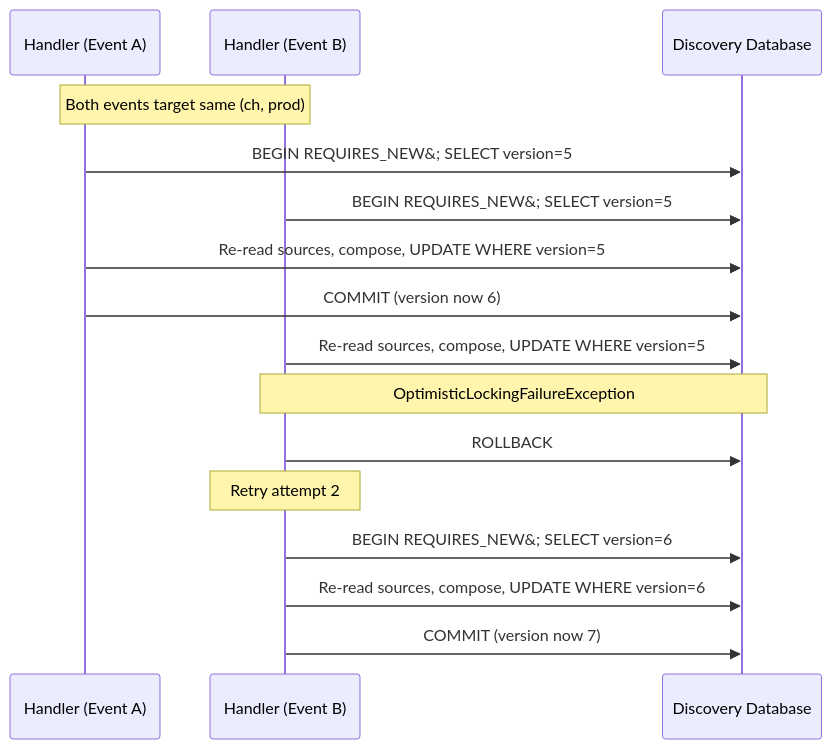
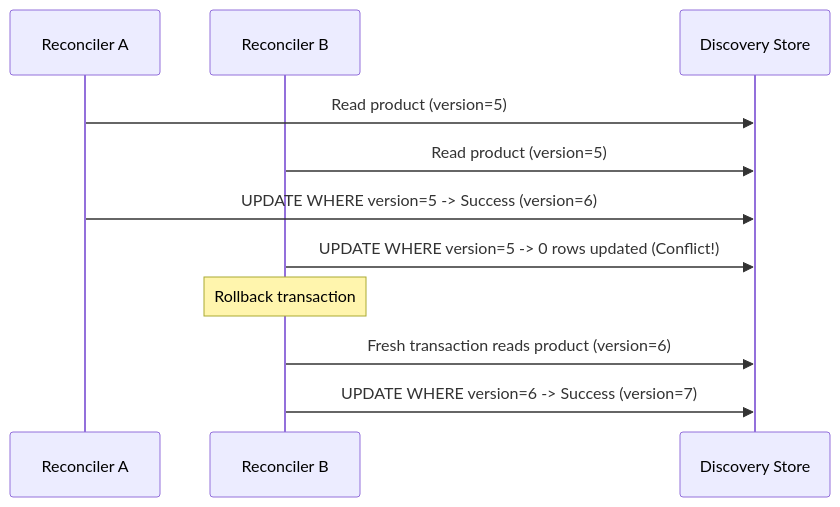
The fourth of 4 diagrams in docs/spec/system/discovery-concurrency-control-tech-spec.md (khinemyaezin/grab), drawn with Mermaid before and after one commit. The commit also changed other lines of this file and 22 other files, not shown here.

````diff
--- a/docs/spec/system/discovery-concurrency-control-tech-spec.md
+++ b/docs/spec/system/discovery-concurrency-control-tech-spec.md
@@ -140,19 +102,14 @@
 ```mermaid
 sequenceDiagram
-    participant H1 as Handler (Event A)
-    participant H2 as Handler (Event B)
-    participant DB as Discovery Database
+    participant WorkerA as Reconciler A
+    participant WorkerB as Reconciler B
+    participant DB as Discovery Store
 
-    Note over H1,H2: Both events target same (ch, prod)
-    H1->>DB: BEGIN REQUIRES_NEW&#59; SELECT version=5
-    H2->>DB: BEGIN REQUIRES_NEW&#59; SELECT version=5
-    H1->>DB: Re-read sources, compose, UPDATE WHERE version=5
-    H1->>DB: COMMIT (version now 6)
-    H2->>DB: Re-read sources, compose, UPDATE WHERE version=5
-    Note over H2,DB: OptimisticLockingFailureException
-    H2->>DB: ROLLBACK
-    Note over H2: Retry attempt 2
-    H2->>DB: BEGIN REQUIRES_NEW&#59; SELECT version=6
-    H2->>DB: Re-read sources, compose, UPDATE WHERE version=6
-    H2->>DB: COMMIT (version now 7)
+    WorkerA->>DB: Read product (version=5)
+    WorkerB->>DB: Read product (version=5)
+    WorkerA->>DB: UPDATE WHERE version=5 -> Success (version=6)
+    WorkerB->>DB: UPDATE WHERE version=5 -> 0 rows updated (Conflict!)
+    Note over WorkerB: Rollback transaction
+    WorkerB->>DB: Fresh transaction reads product (version=6)
+    WorkerB->>DB: UPDATE WHERE version=6 -> Success (version=7)
 ```
````
